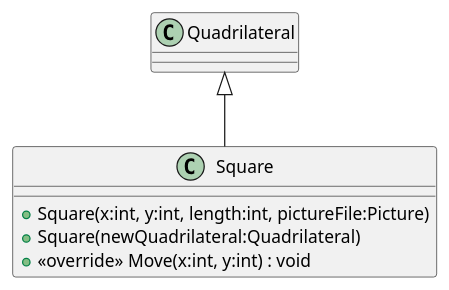
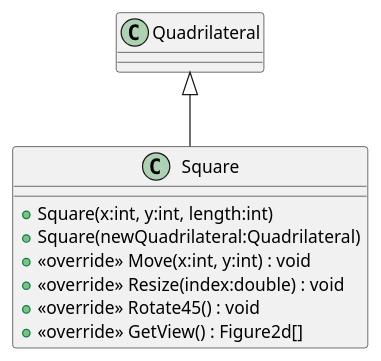
Before and after one commit to 19vano97/levelUpOOP: the diagram in plantuml/20240701_HW_Inheritence/Square.puml, drawn with PlantUML. The commit also changed 35 other files, not shown here.

```diff
--- a/plantuml/20240701_HW_Inheritence/Square.puml
+++ b/plantuml/20240701_HW_Inheritence/Square.puml
@@ -1,8 +1,11 @@
 @startuml
 class Square {
-    + Square(x:int, y:int, length:int, pictureFile:Picture)
+    + Square(x:int, y:int, length:int)
     + Square(newQuadrilateral:Quadrilateral)
     + <<override>> Move(x:int, y:int) : void
+    + <<override>> Resize(index:double) : void
+    + <<override>> Rotate45() : void
+    + <<override>> GetView() : Figure2d[]
 }
 Quadrilateral <|-- Square
 @enduml
```
